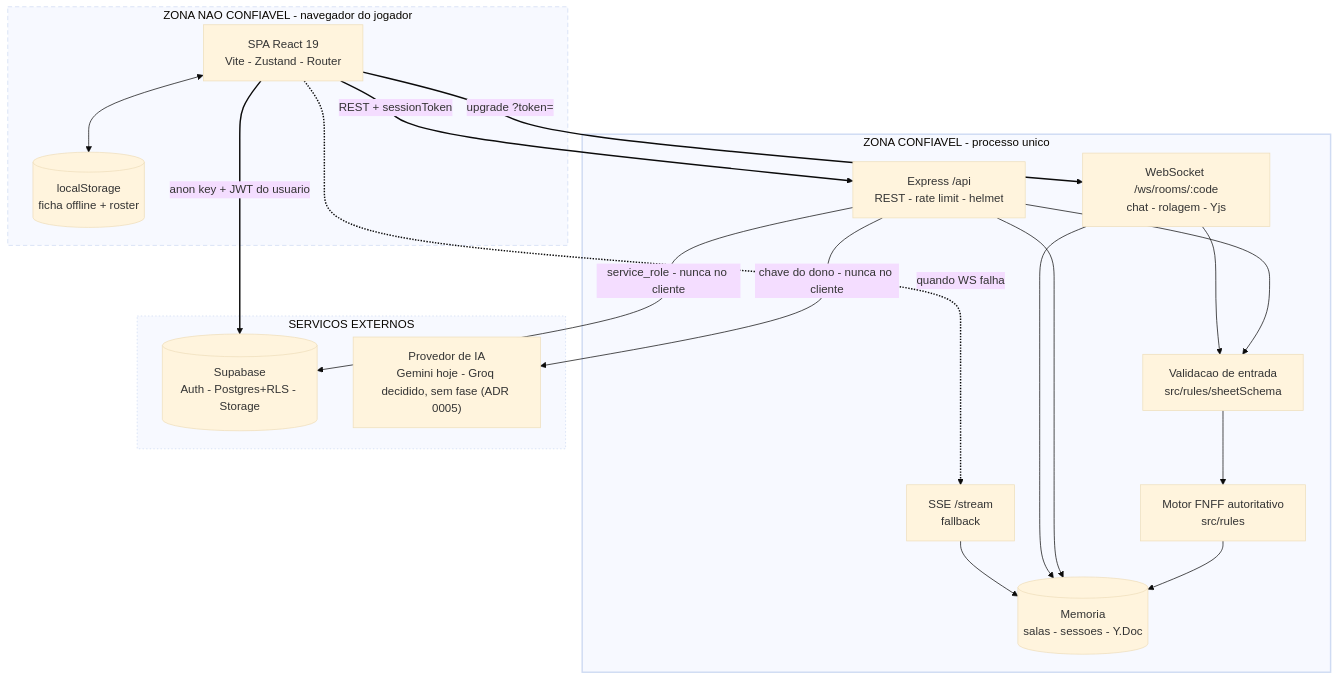
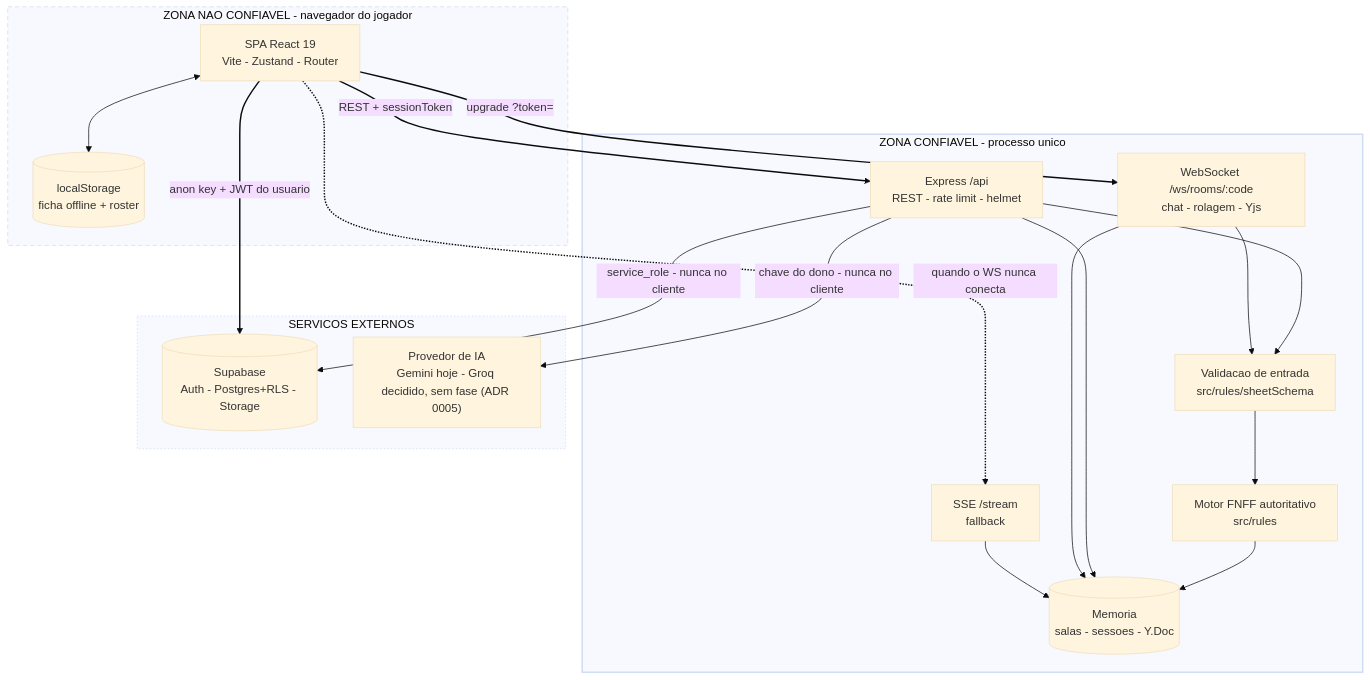
One commit to tavinholoco/NetsheetEngine changed the first of 5 diagrams in docs/ARQUITETURA.md. Above: the diagram before and after it, drawn with Mermaid (base theme). The commit also changed 6 other files, not shown here.

````diff
--- a/docs/ARQUITETURA.md
+++ b/docs/ARQUITETURA.md
@@ -27,43 +27,43 @@
 ```mermaid
 flowchart TB
     subgraph cliente["ZONA NAO CONFIAVEL - navegador do jogador"]
         SPA["SPA React 19<br/>Vite - Zustand - Router"]
         LS[("localStorage<br/>ficha offline + roster")]
     end
 
     subgraph servidor["ZONA CONFIAVEL - processo unico"]
         API["Express /api<br/>REST - rate limit - helmet"]
         WSS["WebSocket /ws/rooms/:code<br/>chat - rolagem - Yjs"]
         SSE["SSE /stream<br/>fallback"]
         VAL["Validacao de entrada<br/>src/rules/sheetSchema"]
         RULES["Motor FNFF autoritativo<br/>src/rules"]
         MEM[("Memoria<br/>salas - sessoes - Y.Doc")]
     end
 
     subgraph externo["SERVICOS EXTERNOS"]
         SB[("Supabase<br/>Auth - Postgres+RLS - Storage")]
         AI["Provedor de IA<br/>Gemini hoje - Groq decidido, sem fase (ADR 0005)"]
     end
 
     SPA -->|"REST + sessionToken"| API
     SPA -->|"upgrade ?token="| WSS
-    SPA -.->|"quando WS falha"| SSE
+    SPA -.->|"quando o WS nunca conecta"| SSE
     SPA -->|"anon key + JWT do usuario"| SB
     SPA <--> LS
 
     API --> VAL
     WSS --> VAL
     VAL --> RULES
     RULES --> MEM
     API --> MEM
     WSS --> MEM
     SSE --> MEM
 
     API -->|"service_role - nunca no cliente"| SB
     API -->|"chave do dono - nunca no cliente"| AI
 
     linkStyle 0,1,2,3 stroke-width:2px
     style cliente stroke-dasharray: 6 4
     style servidor stroke-width:2px
     style externo stroke-dasharray: 2 3
 ```
````
